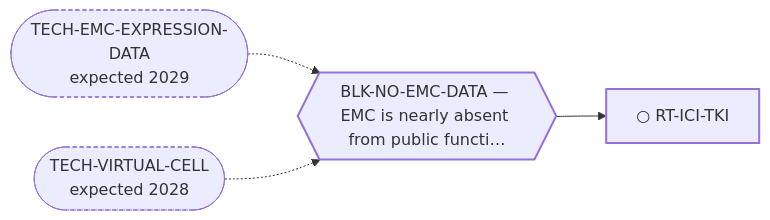
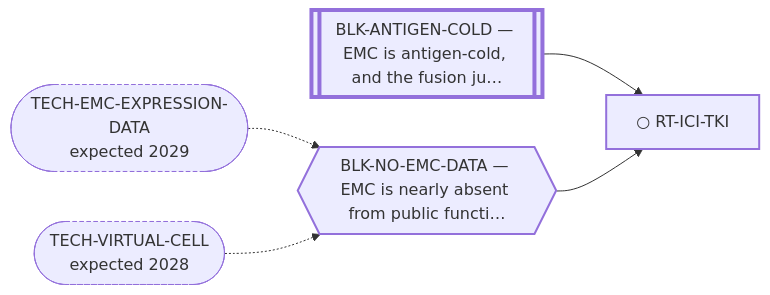
Before and after one commit to trimcrae/Rare-cancers: the diagram in systems/views/L2-rt-ici-tki.md, drawn with Mermaid. The commit also changed other lines of this file and 27 other files, not shown here.

````diff
--- a/systems/views/L2-rt-ici-tki.md
+++ b/systems/views/L2-rt-ici-tki.md
@@ -27,14 +27,16 @@
 ```mermaid
 flowchart LR
   RT_ICI_TKI["○ RT-ICI-TKI"]:::fam
+  BLK_ANTIGEN_COLD[["BLK-ANTIGEN-COLD — EMC is antigen-cold, and the fusion ju…"]]:::perm
+  BLK_ANTIGEN_COLD --> RT_ICI_TKI
   BLK_NO_EMC_DATA{{"BLK-NO-EMC-DATA — EMC is nearly absent from public functi…"}}:::blk
   BLK_NO_EMC_DATA --> RT_ICI_TKI
   TECH_EMC_EXPRESSION_DATA(["TECH-EMC-EXPRESSION-DATA<br/>expected 2029"]):::tech
   TECH_EMC_EXPRESSION_DATA -.-> BLK_NO_EMC_DATA
   TECH_VIRTUAL_CELL(["TECH-VIRTUAL-CELL<br/>expected 2028"]):::tech
   TECH_VIRTUAL_CELL -.-> BLK_NO_EMC_DATA
   classDef fam stroke-width:2px;
   classDef blk stroke-width:2px;
   classDef perm stroke-width:4px;
   classDef tech stroke-width:1px,stroke-dasharray:4 3;
 ```
````
